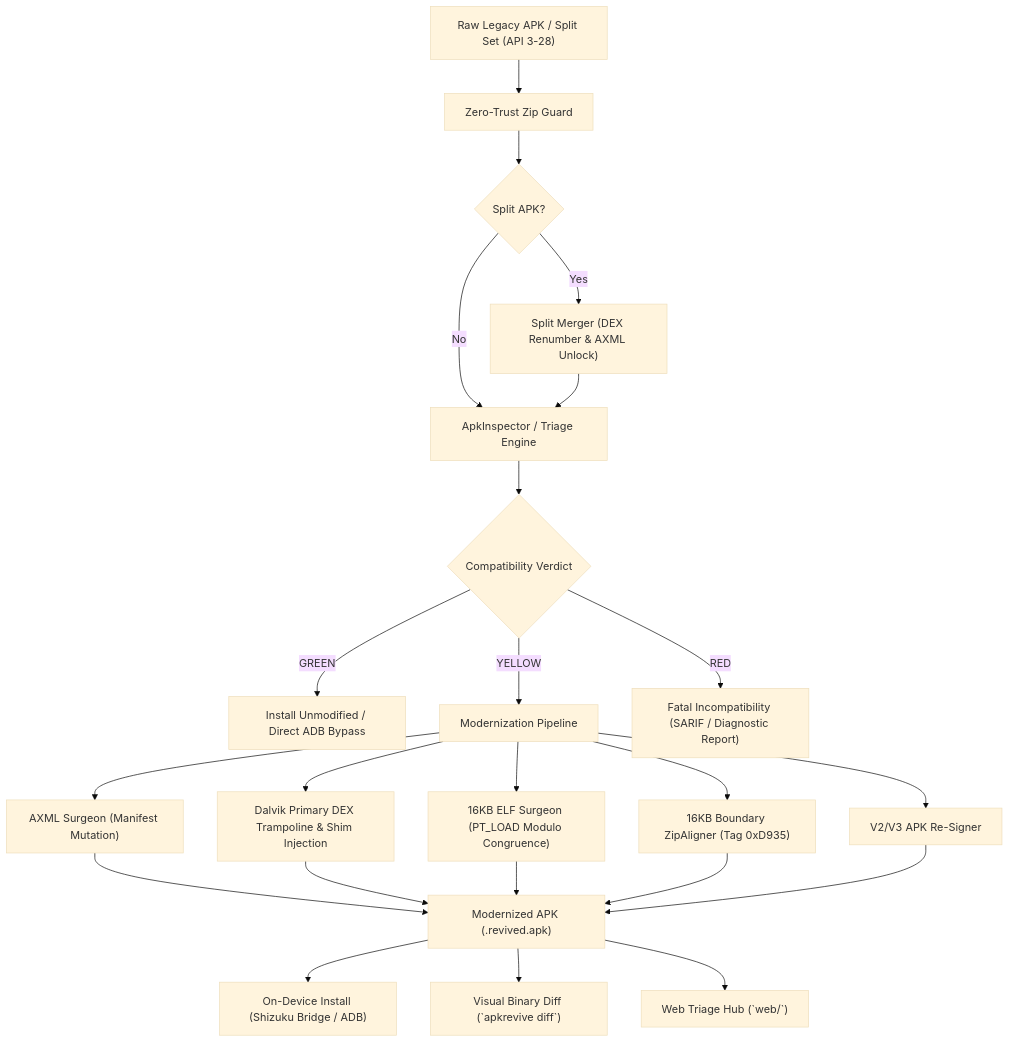
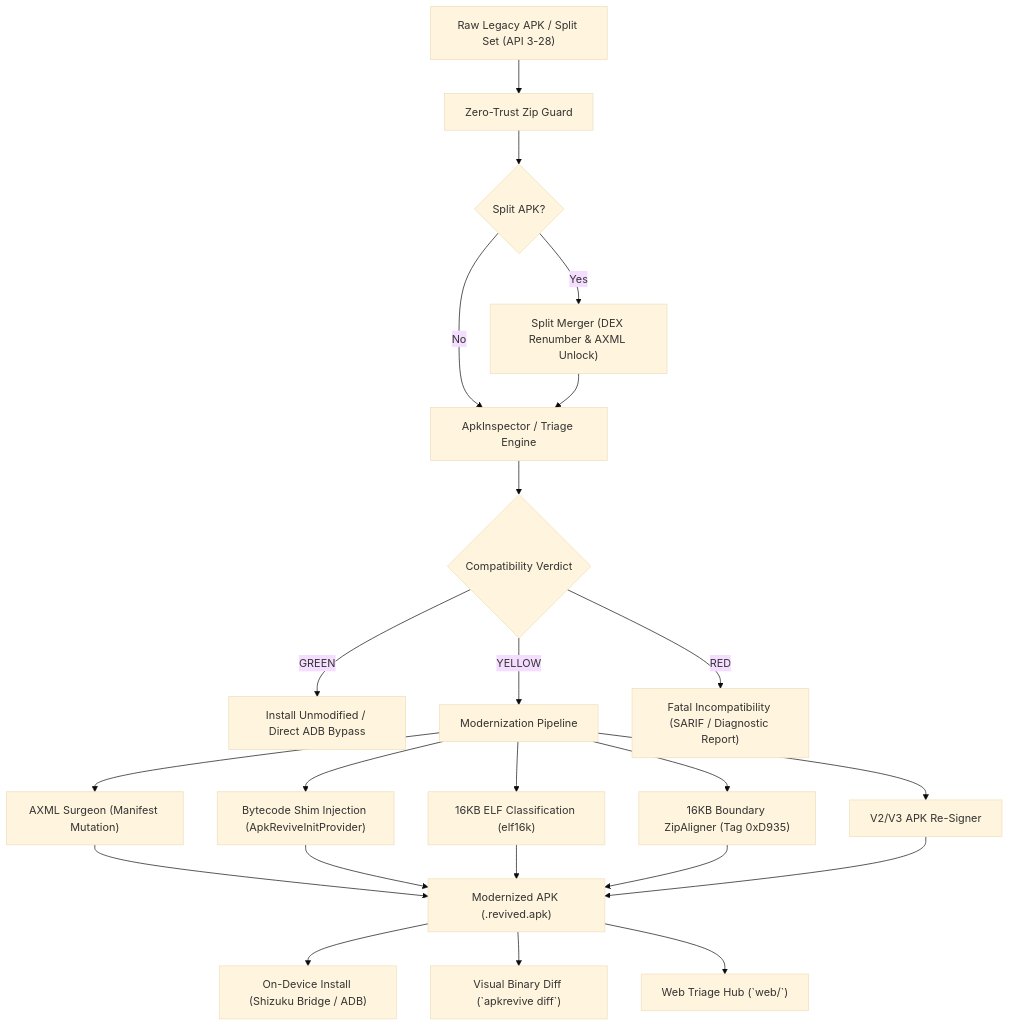
The diagram in README.md (garouthehumanmonster/ApkRevive), drawn with Mermaid (base theme) before and after one commit. The commit also changed other lines of this file and 4 other files, not shown here.

Commit message:
refactor: purge fake dex trampoline, modularize cli package, align readme claims

````diff
--- a/README.md
+++ b/README.md
@@ -18,29 +18,29 @@
 ```mermaid
 flowchart TD
     A["Raw Legacy APK / Split Set (API 3-28)"] --> Z["Zero-Trust Zip Guard"]
     Z --> S{"Split APK?"}
     S -->|"Yes"| SM["Split Merger (DEX Renumber & AXML Unlock)"]
     S -->|"No"| B["ApkInspector / Triage Engine"]
     SM --> B
     
     B --> C{"Compatibility Verdict"}
     C -->|"GREEN"| D["Install Unmodified / Direct ADB Bypass"]
     C -->|"YELLOW"| E["Modernization Pipeline"]
     C -->|"RED"| F["Fatal Incompatibility (SARIF / Diagnostic Report)"]
     
     E --> G["AXML Surgeon (Manifest Mutation)"]
-    E --> H["Dalvik Primary DEX Trampoline & Shim Injection"]
-    E --> ES["16KB ELF Surgeon (PT_LOAD Modulo Congruence)"]
+    E --> H["Bytecode Shim Injection (ApkReviveInitProvider)"]
+    E --> ES["16KB ELF Classification (elf16k)"]
     E --> I["16KB Boundary ZipAligner (Tag 0xD935)"]
     E --> J["V2/V3 APK Re-Signer"]
     
     G --> K["Modernized APK (.revived.apk)"]
     H --> K
     ES --> K
     I --> K
     J --> K
     
     K --> L["On-Device Install (Shizuku Bridge / ADB)"]
     K --> DIFF["Visual Binary Diff (`apkrevive diff`)"]
     K --> WEB["Web Triage Hub (`web/`)"]
 ```
````
